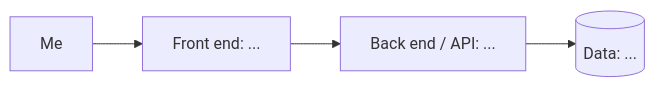
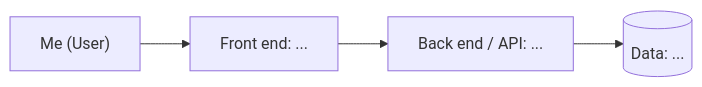
One commit to amontilla101/my-product changed the diagram in README.md. Above: the diagram before and after it, drawn with Mermaid. The commit also changed other lines of this file, not shown here.

````diff
--- a/README.md
+++ b/README.md
@@ -115,6 +115,6 @@
 ```mermaid
 flowchart LR
-  U["Me"] --> FE["Front end: ..."]
+  U["Me (User)"] --> FE["Front end: ..."]
   FE --> API["Back end / API: ..."]
   API --> DB[("Data: ...")]
 ```
````
